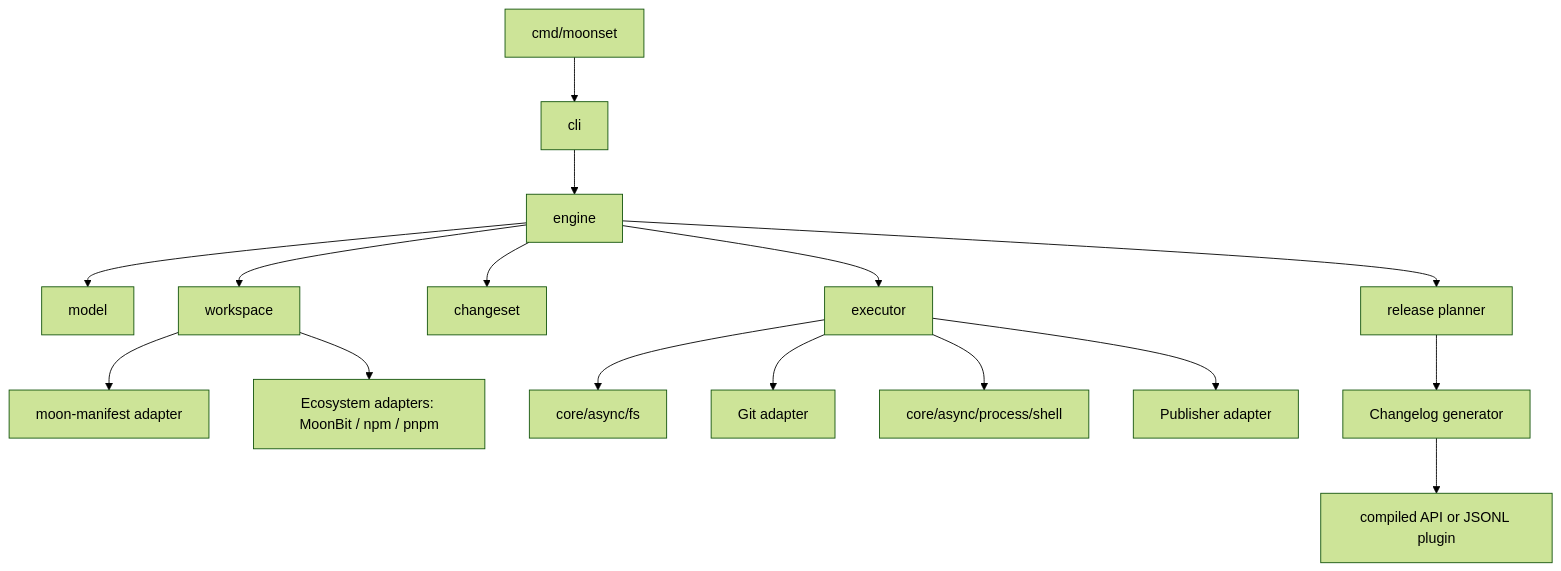
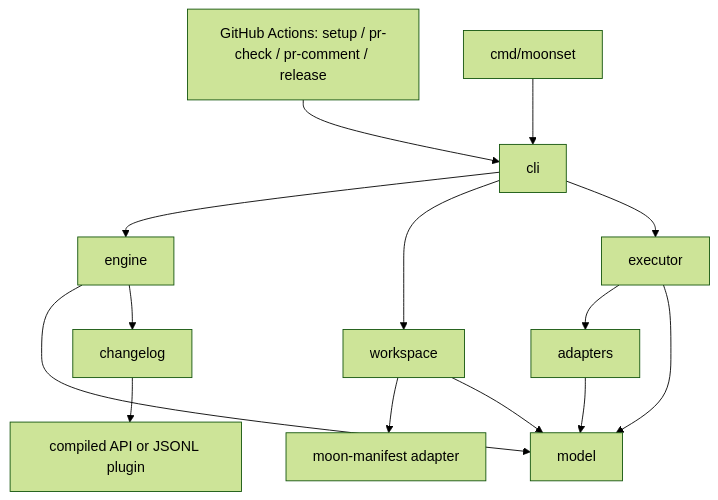
Before and after one commit to unmbt/moonset: the diagram in docs/architecture.md, drawn with Mermaid (forest theme). The commit also changed other lines of this file and 47 other files, not shown here.

First line of the commit message:
feat: replace GitHub App with modular Action Bot and close Phase 6 gaps

````diff
--- a/docs/architecture.md
+++ b/docs/architecture.md
@@ -7,18 +7,16 @@
 ```mermaid
 graph TD
-  CMD[cmd/moonset] --> CLI[cli]
+  ACTIONS[GitHub Actions: setup / pr-check / pr-comment / release] --> CLI[cli]
+  CMD[cmd/moonset] --> CLI
   CLI --> ENGINE[engine]
+  CLI --> WS[workspace]
+  CLI --> EXEC[executor]
   ENGINE --> MODEL[model]
-  ENGINE --> WS[workspace]
-  ENGINE --> CS[changeset]
-  ENGINE --> PLAN[release planner]
-  ENGINE --> EXEC[executor]
+  ENGINE --> CHANGELOG[changelog]
   WS --> MANIFEST[moon-manifest adapter]
-  WS --> ECO[Ecosystem adapters: MoonBit / npm / pnpm]
-  EXEC --> FS[core/async/fs]
-  EXEC --> GIT[Git adapter]
-  EXEC --> PROC[core/async/process/shell]
-  EXEC --> PUB[Publisher adapter]
-  PLAN --> CHANGELOG[Changelog generator]
+  WS --> MODEL
+  EXEC --> ADAPTERS[adapters]
+  EXEC --> MODEL
   CHANGELOG --> API[compiled API or JSONL plugin]
+  ADAPTERS --> MODEL
 ```
````
